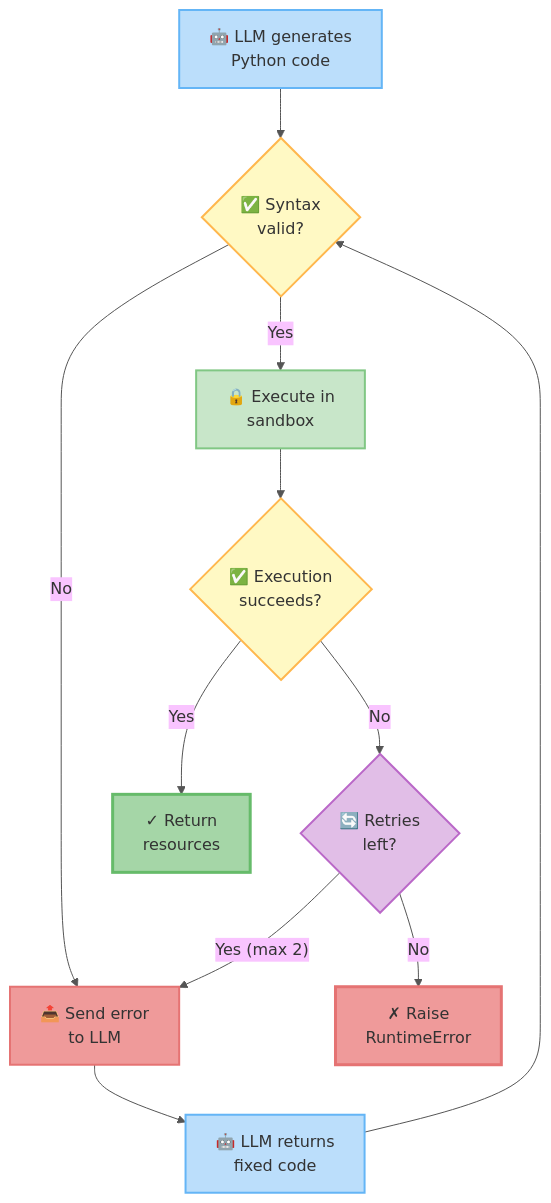
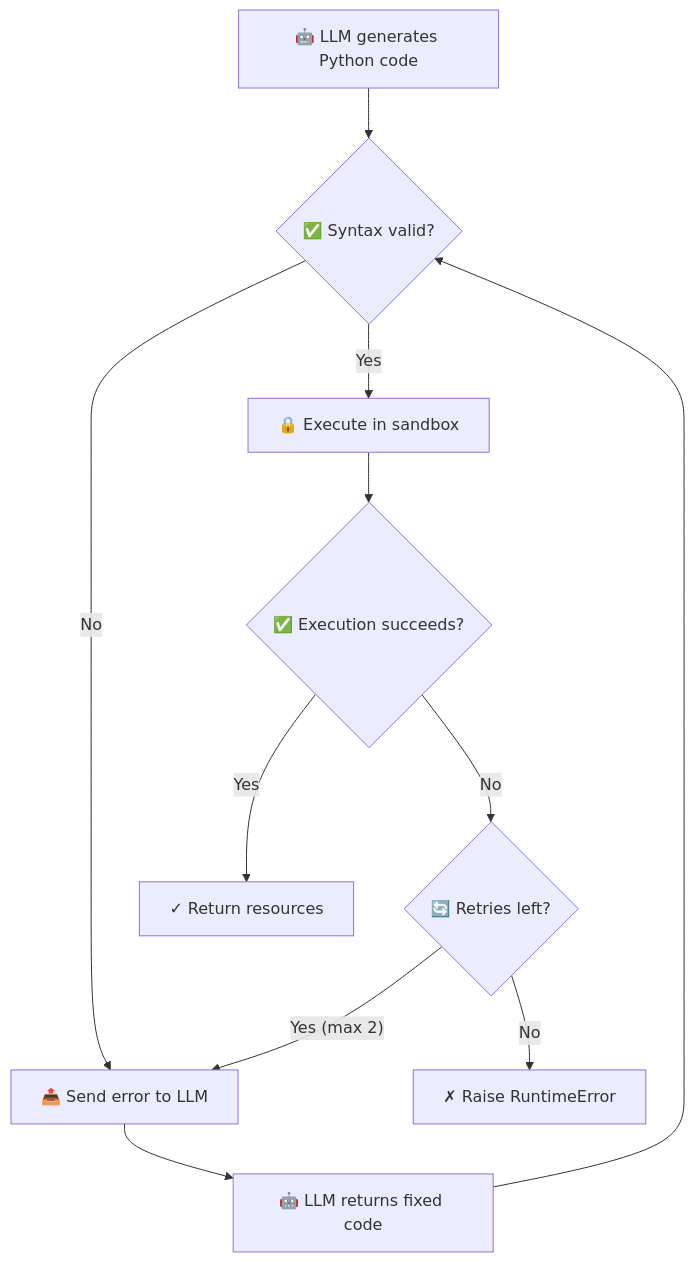
One commit to alvinhenrick/fhir-synth changed the third of 3 diagrams in docs/architecture.md. Above: the diagram before and after it, drawn with Mermaid. The commit also changed other lines of this file and 9 other files, not shown here.

````diff
--- a/docs/architecture.md
+++ b/docs/architecture.md
@@ -213,24 +100,13 @@
 ```mermaid
-%%{init: {'theme': 'base', 'themeVariables': {'primaryColor': '#fff9c4', 'primaryTextColor': '#333', 'primaryBorderColor': '#555', 'lineColor': '#555', 'fontFamily': 'Comic Sans MS, cursive, sans-serif'}}}%%
 flowchart TD
-    A["🤖 LLM generates<br/>Python code"] --> B{"✅ Syntax<br/>valid?"}
-    B -->|No| C["📤 Send error<br/>to LLM"]
-    B -->|Yes| D["🔒 Execute in<br/>sandbox"]
-    D --> E{"✅ Execution<br/>succeeds?"}
-    E -->|Yes| F["✓ Return<br/>resources"]
-    E -->|No| G{"🔄 Retries<br/>left?"}
+    A["🤖 LLM generates Python code"] --> B{"✅ Syntax valid?"}
+    B -->|No| C["📤 Send error to LLM"]
+    B -->|Yes| D["🔒 Execute in sandbox"]
+    D --> E{"✅ Execution succeeds?"}
+    E -->|Yes| F["✓ Return resources"]
+    E -->|No| G{"🔄 Retries left?"}
     G -->|"Yes (max 2)"| C
-    G -->|No| H["✗ Raise<br/>RuntimeError"]
-    C --> I["🤖 LLM returns<br/>fixed code"]
+    G -->|No| H["✗ Raise RuntimeError"]
+    C --> I["🤖 LLM returns fixed code"]
     I --> B
-
-    style A fill:#bbdefb,stroke:#64b5f6,color:#333,stroke-width:2px
-    style B fill:#fff9c4,stroke:#ffb74d,color:#333,stroke-width:2px
-    style C fill:#ef9a9a,stroke:#e57373,color:#333,stroke-width:2px
-    style D fill:#c8e6c9,stroke:#81c784,color:#333,stroke-width:2px
-    style E fill:#fff9c4,stroke:#ffb74d,color:#333,stroke-width:2px
-    style F fill:#a5d6a7,stroke:#66bb6a,color:#333,stroke-width:3px
-    style G fill:#e1bee7,stroke:#ba68c8,color:#333,stroke-width:2px
-    style H fill:#ef9a9a,stroke:#e57373,color:#333,stroke-width:3px
-    style I fill:#bbdefb,stroke:#64b5f6,color:#333,stroke-width:2px
 ```
````
